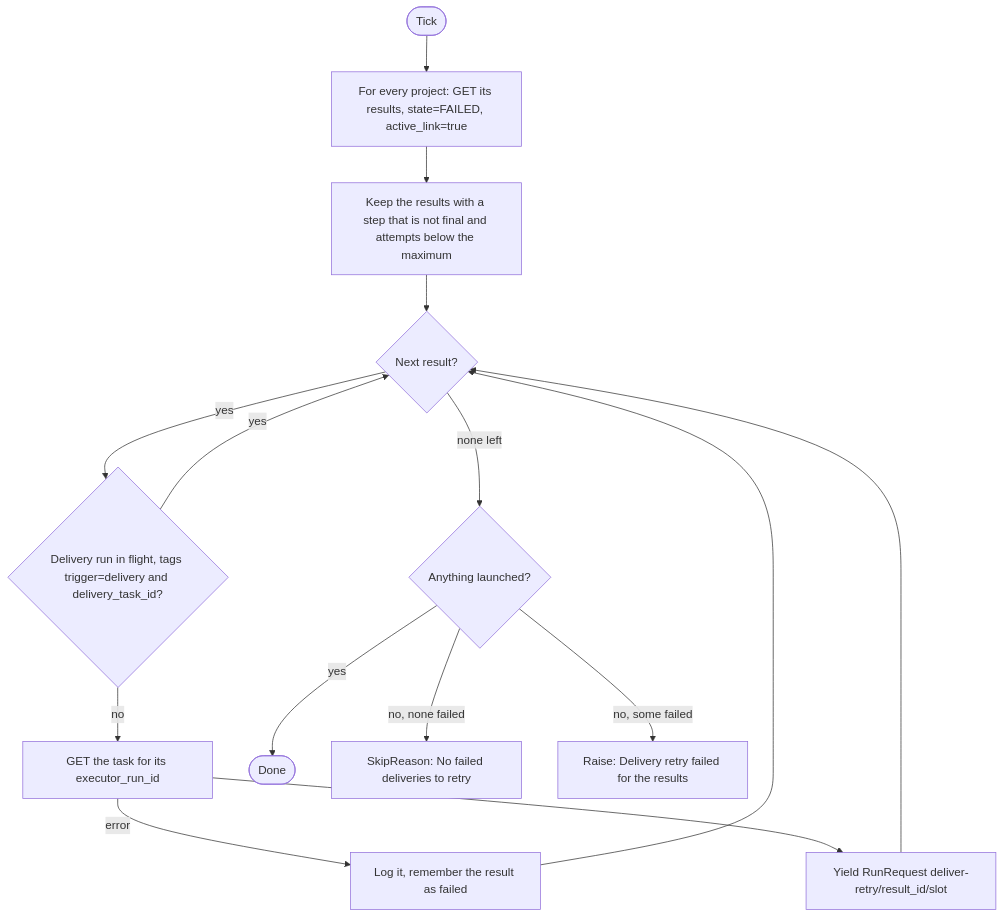
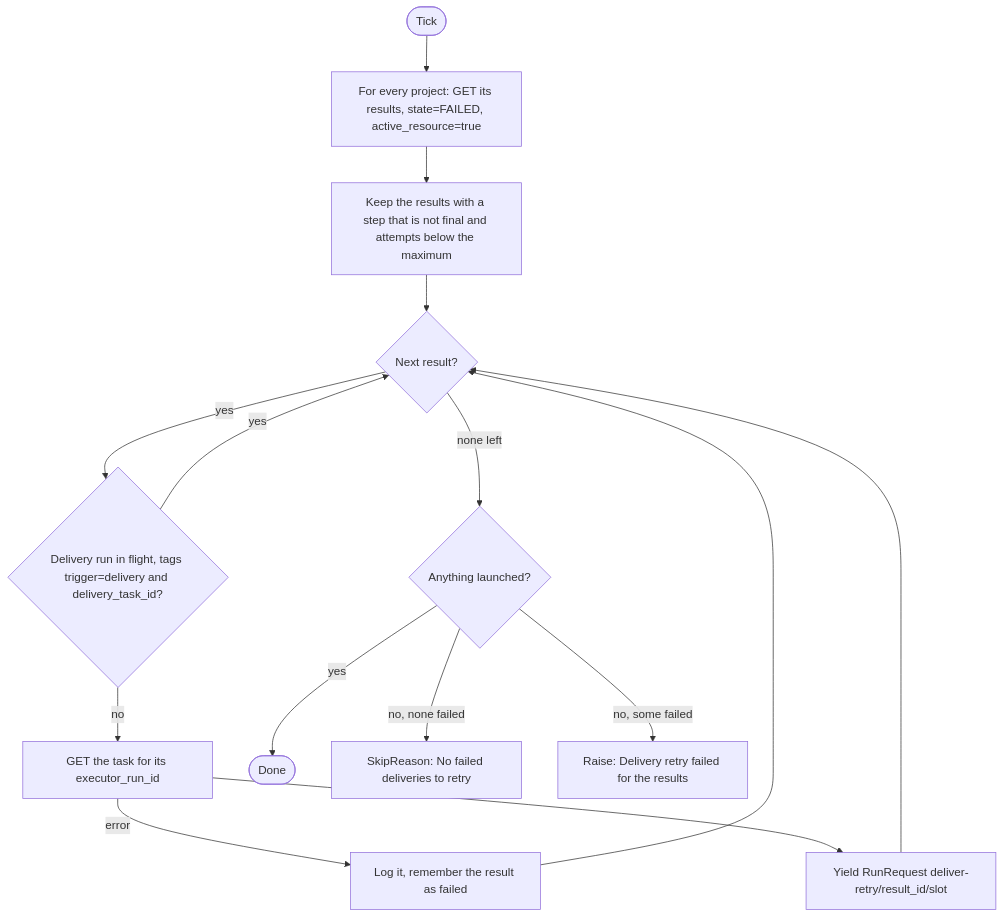
One commit to Aridhia-Open-Source/PHEMS_federated_node changed the first of 2 diagrams in docs/architecture/sensors/results-delivery.md. Above: the diagram before and after it, drawn with Mermaid. The commit also changed other lines of this file and 132 other files, not shown here.

````diff
--- a/docs/architecture/sensors/results-delivery.md
+++ b/docs/architecture/sensors/results-delivery.md
@@ -34,17 +34,17 @@
 ```mermaid
 flowchart TD
-    A([Tick]) --> B["For every project: GET its results, state=FAILED, active_link=true"]
+    A([Tick]) --> B["For every project: GET its results, state=FAILED, active_resource=true"]
     B --> C["Keep the results with a step that is not final and attempts below the maximum"]
     C --> D{"Next result?"}
     D -->|"none left"| Z{"Anything launched?"}
     D -->|yes| E{"Delivery run in flight, tags trigger=delivery and delivery_task_id?"}
     E -->|yes| D
     E -->|no| F["GET the task for its executor_run_id"]
     F -->|error| G["Log it, remember the result as failed"]
     G --> D
     F --> H["Yield RunRequest deliver-retry/result_id/slot"]
     H --> D
     Z -->|yes| Y([Done])
     Z -->|"no, none failed"| X["SkipReason: No failed deliveries to retry"]
     Z -->|"no, some failed"| W["Raise: Delivery retry failed for the results"]
 ```
````
